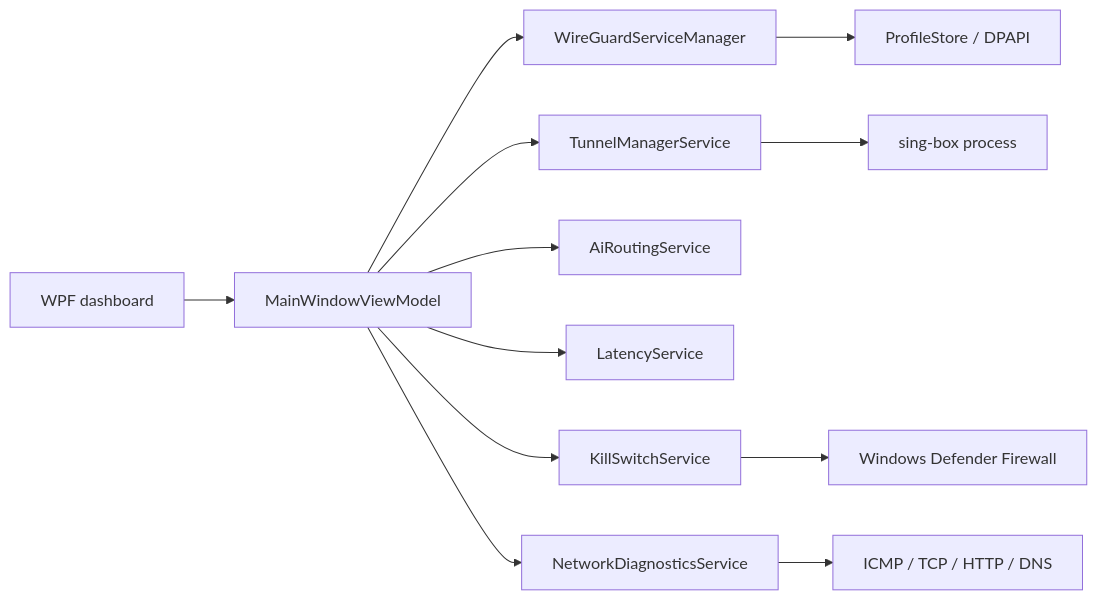
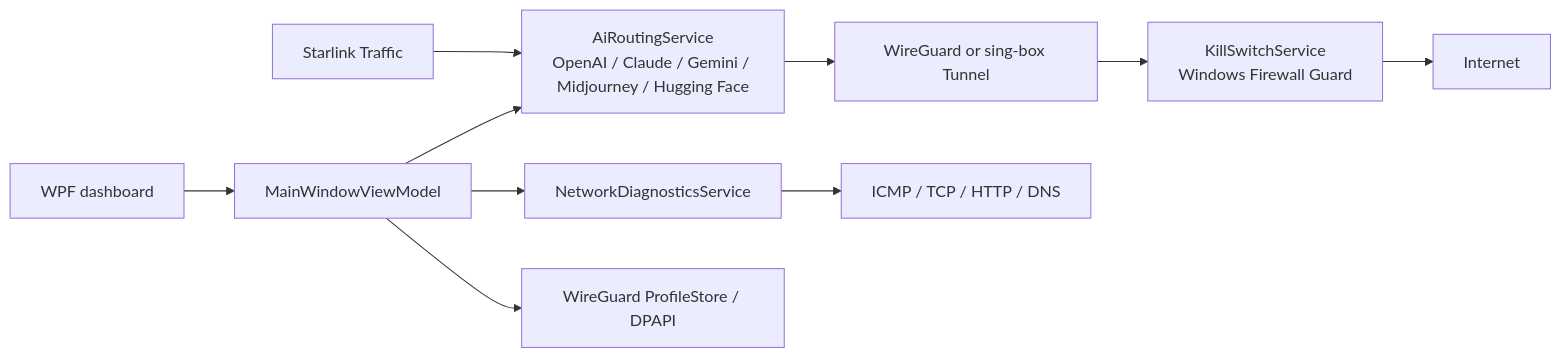
The diagram in README.md (rostamimohammadamin8-dot/starlink-vpn-manager), drawn with Mermaid before and after one commit. The commit also changed other lines of this file and 2 other files, not shown here.

````diff
--- a/README.md
+++ b/README.md
@@ -75,14 +99,12 @@
 ```mermaid
 flowchart LR
+    TRAFFIC[Starlink Traffic] --> ROUTE[AiRoutingService<br/>OpenAI / Claude / Gemini / Midjourney / Hugging Face]
+    ROUTE --> TUNNEL[WireGuard or sing-box Tunnel]
+    TUNNEL --> FIREWALL[KillSwitchService<br/>Windows Firewall Guard]
+    FIREWALL --> INTERNET[Internet]
     UI[WPF dashboard] --> VM[MainWindowViewModel]
-    VM --> WG[WireGuardServiceManager]
-    VM --> TUN[TunnelManagerService]
-    VM --> AI[AiRoutingService]
-    VM --> LAT[LatencyService]
-    VM --> KS[KillSwitchService]
+    VM --> ROUTE
     VM --> DIAG[NetworkDiagnosticsService]
-    WG --> DPAPI[ProfileStore / DPAPI]
-    TUN --> SB[sing-box process]
-    DIAG --> NET[ICMP / TCP / HTTP / DNS]
-    KS --> FW[Windows Defender Firewall]
+    DIAG --> PROBES[ICMP / TCP / HTTP / DNS]
+    VM --> VAULT[WireGuard ProfileStore / DPAPI]
 ```
````
